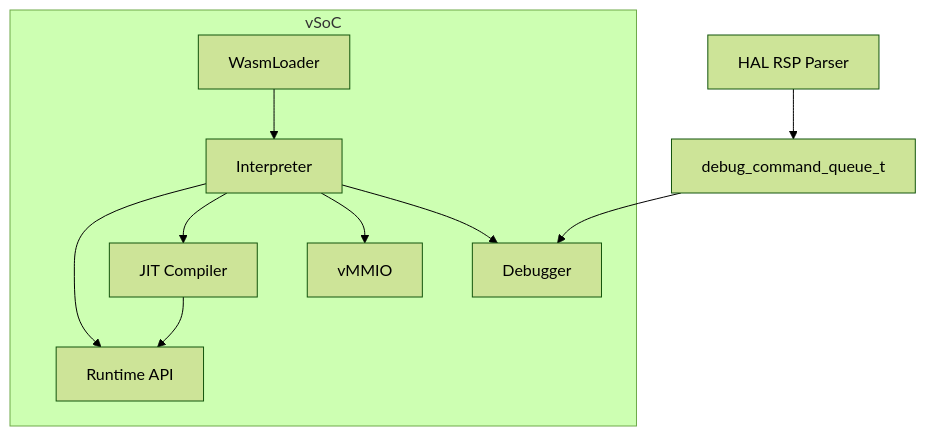
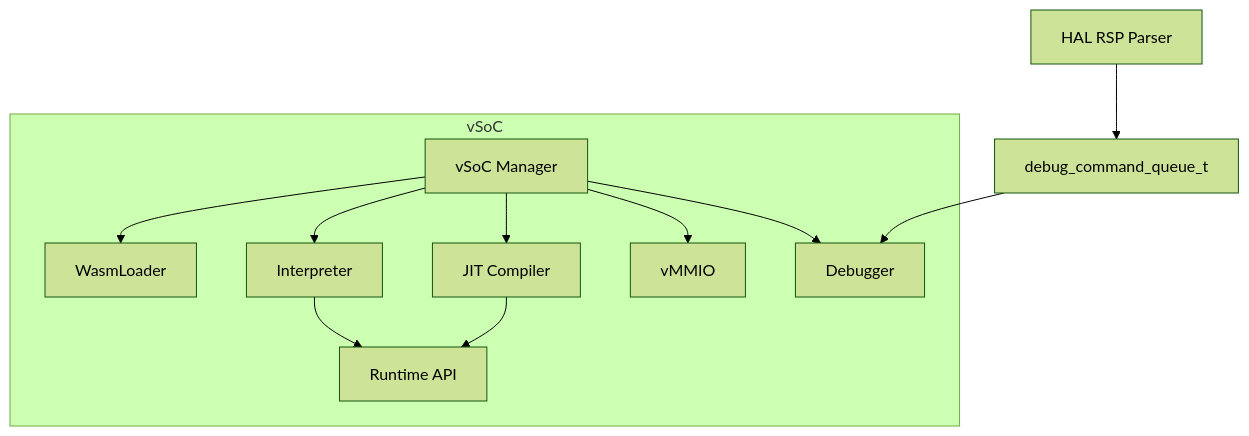
One commit to kmt-t/fireball changed the first of 3 diagrams in docs/orders/components/vsoc.md. Above: the diagram before and after it, drawn with Mermaid (forest theme). The commit also changed other lines of this file and 7 other files, not shown here.

````diff
--- a/docs/orders/components/vsoc.md
+++ b/docs/orders/components/vsoc.md
@@ -14,20 +14,22 @@
 ```mermaid
 graph TD
     subgraph vSoC
+        Manager[vSoC Manager]
         Loader[WasmLoader]
         Interp[Interpreter]
         JIT[JIT Compiler]
         vMMIO[vMMIO]
         Debug[Debugger]
         API[Runtime API]
     end
-    
+
     HAL[HAL RSP Parser] --> Queue[debug_command_queue_t]
     Queue --> Debug
-    Loader --> Interp
+    Manager --> Loader
+    Manager --> Interp
+    Manager --> JIT
+    Manager --> vMMIO
+    Manager --> Debug
     Interp --> API
     JIT --> API
-    Interp --> JIT
-    Interp --> vMMIO
-    Interp --> Debug
 ```
````
